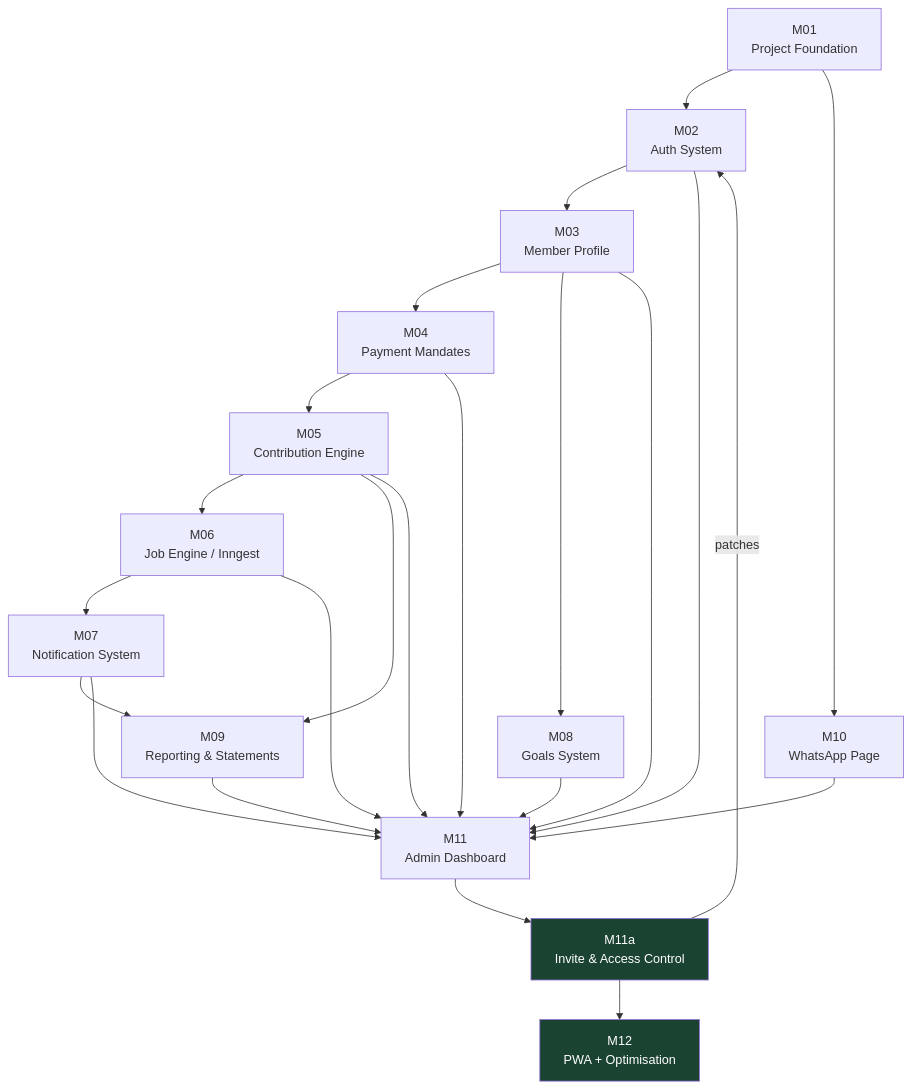
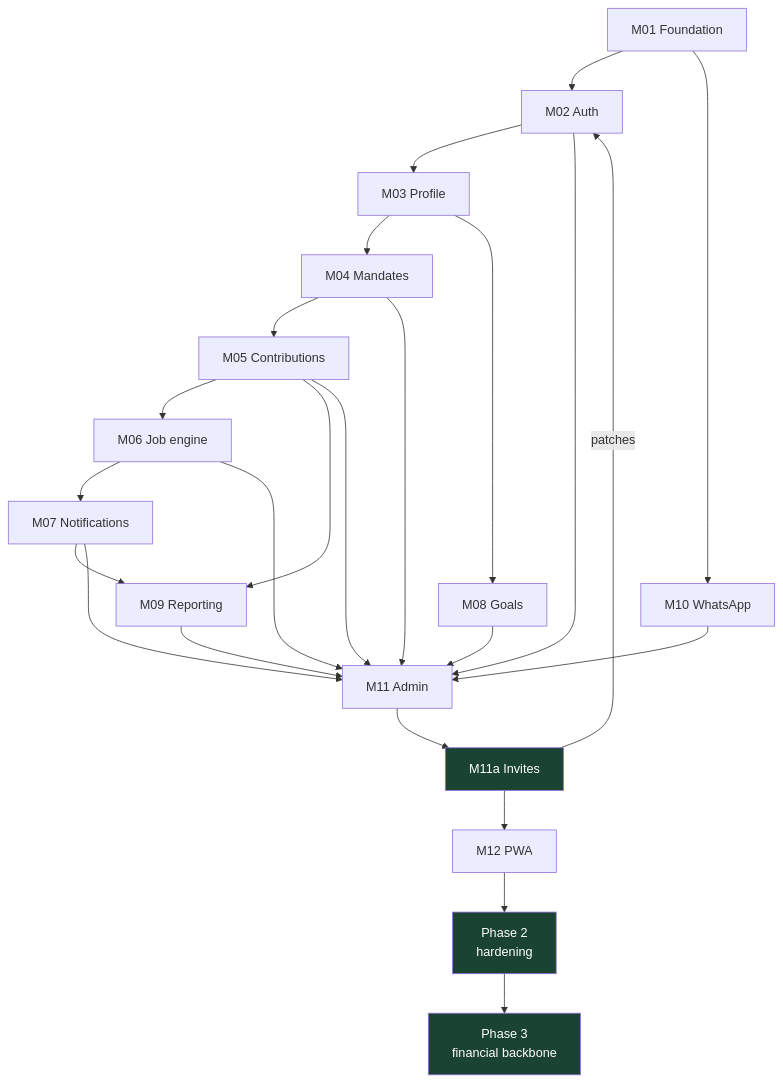
The diagram in docs/build-order.md (KSDRILL-SA/Xkimi-Xa-Mali), drawn with Mermaid before and after one commit. The commit also changed other lines of this file and 2 other files, not shown here.

First line of the commit message:
docs: refresh core design docs and fold in phase-3 features (#187)

````diff
--- a/docs/build-order.md
+++ b/docs/build-order.md
@@ -34,42 +11,19 @@
 ```mermaid
 flowchart TD
-    M01["M01\nProject Foundation"]
-    M02["M02\nAuth System"]
-    M03["M03\nMember Profile"]
-    M04["M04\nPayment Mandates"]
-    M05["M05\nContribution Engine"]
-    M06["M06\nJob Engine / Inngest"]
-    M07["M07\nNotification System"]
-    M08["M08\nGoals System"]
-    M09["M09\nReporting & Statements"]
-    M10["M10\nWhatsApp Page"]
-    M11["M11\nAdmin Dashboard"]
-    M11A["M11a\nInvite & Access Control"]
-    M12["M12\nPWA + Optimisation"]
-
-    M01 --> M02
-    M01 --> M10
-    M02 --> M03
-    M03 --> M04
-    M03 --> M08
-    M04 --> M05
-    M05 --> M06
-    M06 --> M07
-    M05 --> M09
+    M01["M01 Foundation"] --> M02["M02 Auth"] --> M03["M03 Profile"]
+    M03 --> M04["M04 Mandates"] --> M05["M05 Contributions"] --> M06["M06 Job engine"]
+    M06 --> M07["M07 Notifications"]
+    M03 --> M08["M08 Goals"]
+    M05 --> M09["M09 Reporting"]
     M07 --> M09
-    M10 --> M11
-    M02 --> M11
-    M03 --> M11
-    M04 --> M11
-    M05 --> M11
-    M06 --> M11
-    M07 --> M11
-    M08 --> M11
-    M09 --> M11
-    M11 --> M11A
-    M11A -->|"patches"| M02
-    M11A --> M12
+    M01 --> M10["M10 WhatsApp"]
+    M02 & M04 & M05 & M06 & M07 & M08 & M09 & M10 --> M11["M11 Admin"]
+    M11 --> M11A["M11a Invites"]
+    M11A -->|patches| M02
+    M11A --> M12["M12 PWA"]
+    M12 --> P2["Phase 2<br/>hardening"] --> P3["Phase 3<br/>financial backbone"]
 
     style M11A fill:#1B4332,color:#fff
-    style M12 fill:#1B4332,color:#fff
+    style P2 fill:#1B4332,color:#fff
+    style P3 fill:#1B4332,color:#fff
 ```
````
